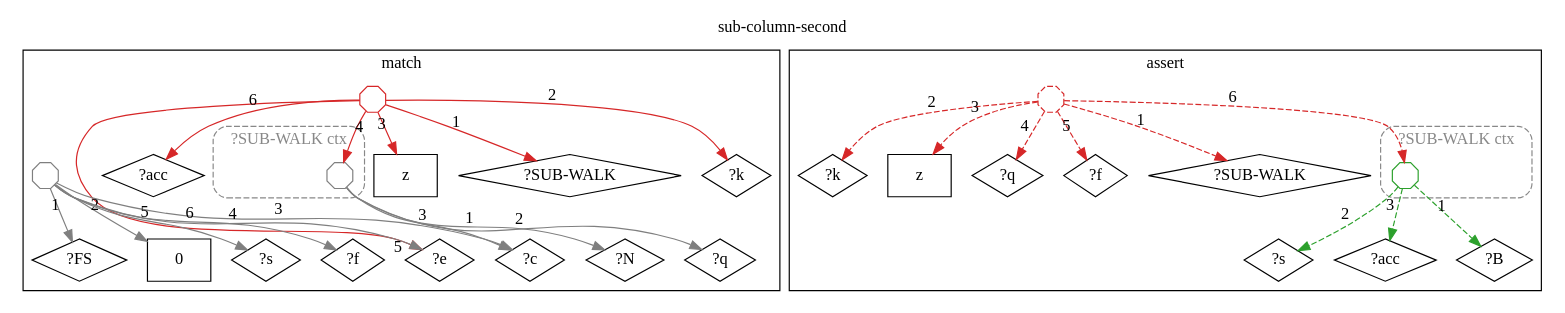
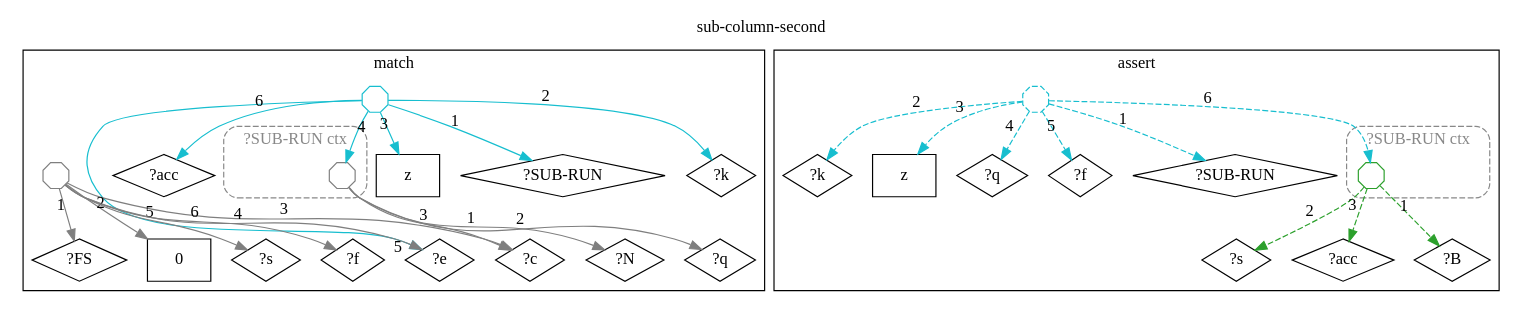
One commit to agutikov/ein changed the diagram in docs/ein/user/04-reference/04-stdlib/diagrams/10-std.math.positional.sub-column-second.dot. Above: the diagram before and after it, drawn with Graphviz. The commit also changed 347 other files, not shown here.

```diff
--- a/docs/ein/user/04-reference/04-stdlib/diagrams/10-std.math.positional.sub-column-second.dot
+++ b/docs/ein/user/04-reference/04-stdlib/diagrams/10-std.math.positional.sub-column-second.dot
@@ -1,63 +1,63 @@
 digraph rule_sub_column_second_lhs_rhs {
   rankdir=TB;
   label="sub-column-second"; labelloc=t;
   subgraph cluster_lhs { label="match";
-    "?SUB-WALK_L" [label="?SUB-WALK", shape=diamond];
+    "?SUB-RUN_L" [label="?SUB-RUN", shape=diamond];
     "?k_L" [label="?k", shape=diamond];
     "z_L" [label="z", shape=box];
     "?N_L" [label="?N", shape=diamond];
     "?q_L" [label="?q", shape=diamond];
     "?c_L" [label="?c", shape=diamond];
     "?e_L" [label="?e", shape=diamond];
     "?acc_L" [label="?acc", shape=diamond];
     "?FS_L" [label="?FS", shape=diamond];
     "0_L" [label="0", shape=box];
     "?s_L" [label="?s", shape=diamond];
     "?f_L" [label="?f", shape=diamond];
     subgraph cluster_ctx_L_0 {
-      label="?SUB-WALK ctx"; style="dashed,rounded"; color="#888888"; fontcolor="#888888";
+      label="?SUB-RUN ctx"; style="dashed,rounded"; color="#888888"; fontcolor="#888888";
       "(?N ?q ?c)_L" [shape=octagon, label="", width=0.3, height=0.3, fixedsize=true, color="#7f7f7f"];
     }
-    "h1_SUB-WALK_L" [shape=octagon, label="", width=0.3, height=0.3, fixedsize=true, color="#d62728"];
-    "h1_SUB-WALK_L" -> "?SUB-WALK_L" [xlabel="1", color="#d62728"];
-    "h1_SUB-WALK_L" -> "?k_L" [xlabel="2", color="#d62728"];
-    "h1_SUB-WALK_L" -> "z_L" [xlabel="3", color="#d62728"];
-    "h1_SUB-WALK_L" -> "(?N ?q ?c)_L" [xlabel="4", color="#d62728"];
-    "h1_SUB-WALK_L" -> "?e_L" [xlabel="5", color="#d62728"];
-    "h1_SUB-WALK_L" -> "?acc_L" [xlabel="6", color="#d62728"];
+    "h1_SUB-RUN_L" [shape=octagon, label="", width=0.3, height=0.3, fixedsize=true, color="#17becf"];
+    "h1_SUB-RUN_L" -> "?SUB-RUN_L" [xlabel="1", color="#17becf"];
+    "h1_SUB-RUN_L" -> "?k_L" [xlabel="2", color="#17becf"];
+    "h1_SUB-RUN_L" -> "z_L" [xlabel="3", color="#17becf"];
+    "h1_SUB-RUN_L" -> "(?N ?q ?c)_L" [xlabel="4", color="#17becf"];
+    "h1_SUB-RUN_L" -> "?e_L" [xlabel="5", color="#17becf"];
+    "h1_SUB-RUN_L" -> "?acc_L" [xlabel="6", color="#17becf"];
     "h2_FS_L" [shape=octagon, label="", width=0.3, height=0.3, fixedsize=true, color="#7f7f7f"];
     "h2_FS_L" -> "?FS_L" [xlabel="1", color="#7f7f7f"];
     "h2_FS_L" -> "0_L" [xlabel="2", color="#7f7f7f"];
     "h2_FS_L" -> "?c_L" [xlabel="3", color="#7f7f7f"];
     "h2_FS_L" -> "?e_L" [xlabel="4", color="#7f7f7f"];
     "h2_FS_L" -> "?s_L" [xlabel="5", color="#7f7f7f"];
     "h2_FS_L" -> "?f_L" [xlabel="6", color="#7f7f7f"];
     "(?N ?q ?c)_L" -> "?N_L" [xlabel="1", color="#7f7f7f"];
     "(?N ?q ?c)_L" -> "?q_L" [xlabel="2", color="#7f7f7f"];
     "(?N ?q ?c)_L" -> "?c_L" [xlabel="3", color="#7f7f7f"];
   }
   subgraph cluster_rhs { label="assert";
-    "?SUB-WALK_R" [label="?SUB-WALK", shape=diamond];
+    "?SUB-RUN_R" [label="?SUB-RUN", shape=diamond];
     "?k_R" [label="?k", shape=diamond];
     "z_R" [label="z", shape=box];
     "?q_R" [label="?q", shape=diamond];
     "?f_R" [label="?f", shape=diamond];
     "?B_R" [label="?B", shape=diamond];
     "?s_R" [label="?s", shape=diamond];
     "?acc_R" [label="?acc", shape=diamond];
     subgraph cluster_ctx_R_0 {
-      label="?SUB-WALK ctx"; style="dashed,rounded"; color="#888888"; fontcolor="#888888";
+      label="?SUB-RUN ctx"; style="dashed,rounded"; color="#888888"; fontcolor="#888888";
       "(?B ?s ?acc)_R" [shape=octagon, label="", width=0.3, height=0.3, fixedsize=true, color="#2ca02c"];
     }
-    "h3_SUB-WALK_R" [shape=octagon, label="", width=0.3, height=0.3, fixedsize=true, color="#d62728", style=dashed];
-    "h3_SUB-WALK_R" -> "?SUB-WALK_R" [xlabel="1", color="#d62728", style=dashed];
-    "h3_SUB-WALK_R" -> "?k_R" [xlabel="2", color="#d62728", style=dashed];
-    "h3_SUB-WALK_R" -> "z_R" [xlabel="3", color="#d62728", style=dashed];
-    "h3_SUB-WALK_R" -> "?q_R" [xlabel="4", color="#d62728", style=dashed];
-    "h3_SUB-WALK_R" -> "?f_R" [xlabel="5", color="#d62728", style=dashed];
-    "h3_SUB-WALK_R" -> "(?B ?s ?acc)_R" [xlabel="6", color="#d62728", style=dashed];
+    "h3_SUB-RUN_R" [shape=octagon, label="", width=0.3, height=0.3, fixedsize=true, color="#17becf", style=dashed];
+    "h3_SUB-RUN_R" -> "?SUB-RUN_R" [xlabel="1", color="#17becf", style=dashed];
+    "h3_SUB-RUN_R" -> "?k_R" [xlabel="2", color="#17becf", style=dashed];
+    "h3_SUB-RUN_R" -> "z_R" [xlabel="3", color="#17becf", style=dashed];
+    "h3_SUB-RUN_R" -> "?q_R" [xlabel="4", color="#17becf", style=dashed];
+    "h3_SUB-RUN_R" -> "?f_R" [xlabel="5", color="#17becf", style=dashed];
+    "h3_SUB-RUN_R" -> "(?B ?s ?acc)_R" [xlabel="6", color="#17becf", style=dashed];
     "(?B ?s ?acc)_R" -> "?B_R" [xlabel="1", color="#2ca02c", style=dashed];
     "(?B ?s ?acc)_R" -> "?s_R" [xlabel="2", color="#2ca02c", style=dashed];
     "(?B ?s ?acc)_R" -> "?acc_R" [xlabel="3", color="#2ca02c", style=dashed];
   }
 }
```
